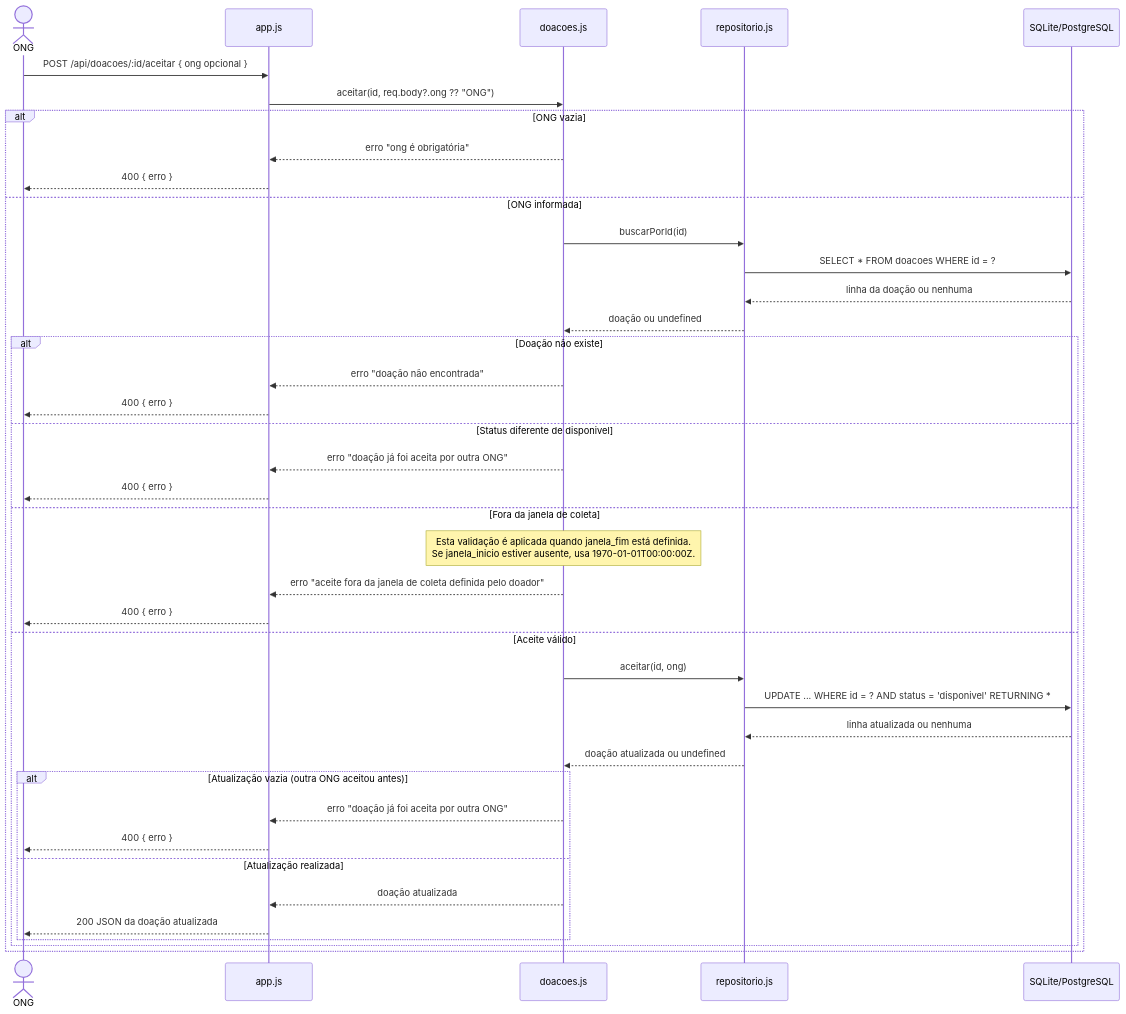
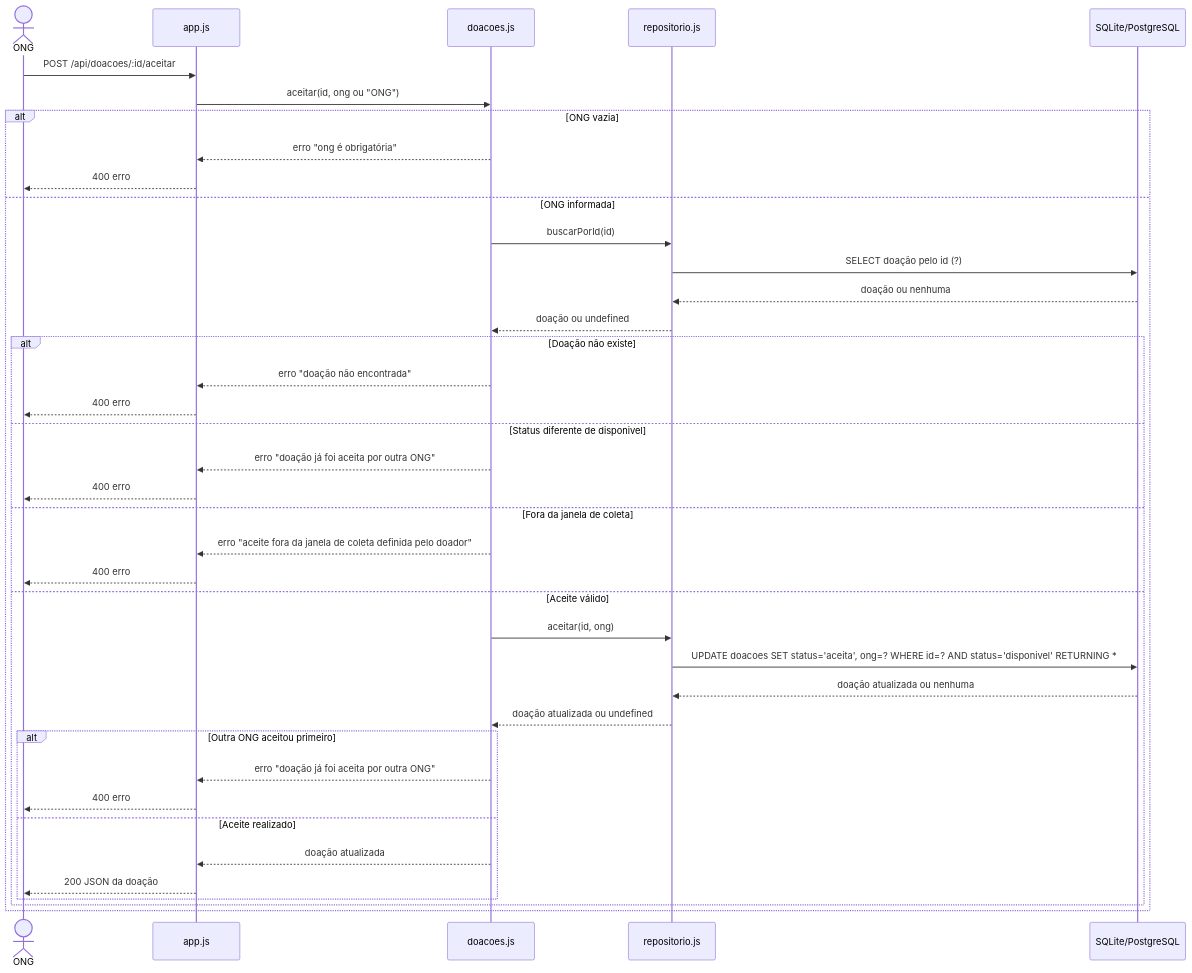
Before and after one commit to RafaelBandoch/APDA-Prato-Cheio: the first of 2 diagrams in docs/diagramas/sequencia-aceite.md, drawn with Mermaid. The commit also changed other lines of this file and 1 other file, not shown here.

Commit message:
feat: update sequence diagram for donation acceptance flow with corrections and validations

````diff
--- a/docs/diagramas/sequencia-aceite.md
+++ b/docs/diagramas/sequencia-aceite.md
@@ -7,46 +11,45 @@
 ```mermaid
 sequenceDiagram
     actor ONG
     participant app as app.js
-    participant doacoes as doacoes.js
-    participant repo as repositorio.js
-    participant db as SQLite/PostgreSQL
+    participant dominio as doacoes.js
+    participant repositorio as repositorio.js
+    participant banco as SQLite/PostgreSQL
 
-    ONG->>app: POST /api/doacoes/:id/aceitar { ong opcional }
-    app->>doacoes: aceitar(id, req.body?.ong ?? "ONG")
+    ONG->>app: POST /api/doacoes/:id/aceitar
+    app->>dominio: aceitar(id, ong ou "ONG")
 
     alt ONG vazia
-        doacoes-->>app: erro "ong é obrigatória"
-        app-->>ONG: 400 { erro }
+        dominio-->>app: erro "ong é obrigatória"
+        app-->>ONG: 400 erro
     else ONG informada
-        doacoes->>repo: buscarPorId(id)
-        repo->>db: SELECT * FROM doacoes WHERE id = ?
-        db-->>repo: linha da doação ou nenhuma
-        repo-->>doacoes: doação ou undefined
+        dominio->>repositorio: buscarPorId(id)
+        repositorio->>banco: SELECT doação pelo id (?)
+        banco-->>repositorio: doação ou nenhuma
+        repositorio-->>dominio: doação ou undefined
 
         alt Doação não existe
-            doacoes-->>app: erro "doação não encontrada"
-            app-->>ONG: 400 { erro }
+            dominio-->>app: erro "doação não encontrada"
+            app-->>ONG: 400 erro
         else Status diferente de disponivel
-            doacoes-->>app: erro "doação já foi aceita por outra ONG"
-            app-->>ONG: 400 { erro }
+            dominio-->>app: erro "doação já foi aceita por outra ONG"
+            app-->>ONG: 400 erro
         else Fora da janela de coleta
-            Note over doacoes: Esta validação é aplicada quando janela_fim está definida.<br/>Se janela_inicio estiver ausente, usa 1970-01-01T00:00:00Z.
-            doacoes-->>app: erro "aceite fora da janela de coleta definida pelo doador"
-            app-->>ONG: 400 { erro }
+            dominio-->>app: erro "aceite fora da janela de coleta definida pelo doador"
+            app-->>ONG: 400 erro
         else Aceite válido
-            doacoes->>repo: aceitar(id, ong)
-            repo->>db: UPDATE ... WHERE id = ? AND status = 'disponivel' RETURNING *
-            db-->>repo: linha atualizada ou nenhuma
-            repo-->>doacoes: doação atualizada ou undefined
+            dominio->>repositorio: aceitar(id, ong)
+            repositorio->>banco: UPDATE doacoes SET status='aceita', ong=? WHERE id=? AND status='disponivel' RETURNING *
+            banco-->>repositorio: doação atualizada ou nenhuma
+            repositorio-->>dominio: doação atualizada ou undefined
 
-            alt Atualização vazia (outra ONG aceitou antes)
-                doacoes-->>app: erro "doação já foi aceita por outra ONG"
-                app-->>ONG: 400 { erro }
-            else Atualização realizada
-                doacoes-->>app: doação atualizada
-                app-->>ONG: 200 JSON da doação atualizada
+            alt Outra ONG aceitou primeiro
+                dominio-->>app: erro "doação já foi aceita por outra ONG"
+                app-->>ONG: 400 erro
+            else Aceite realizado
+                dominio-->>app: doação atualizada
+                app-->>ONG: 200 JSON da doação
             end
         end
     end
 ```
````
